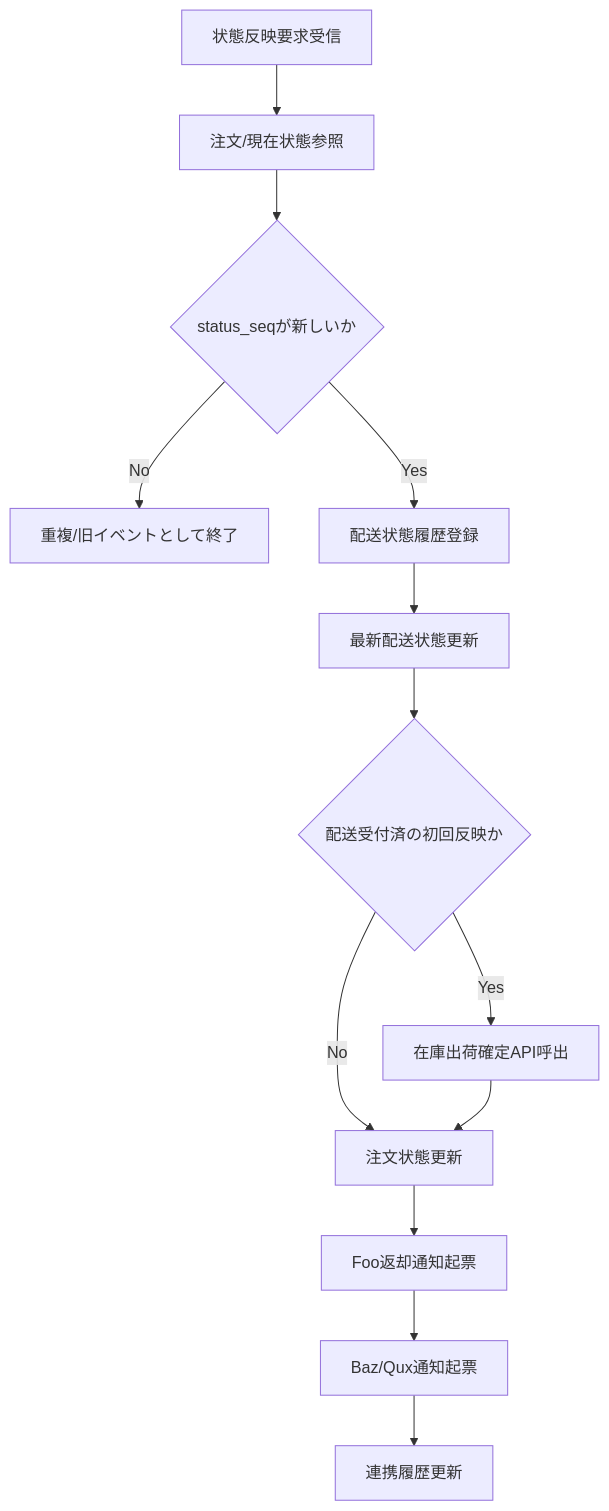
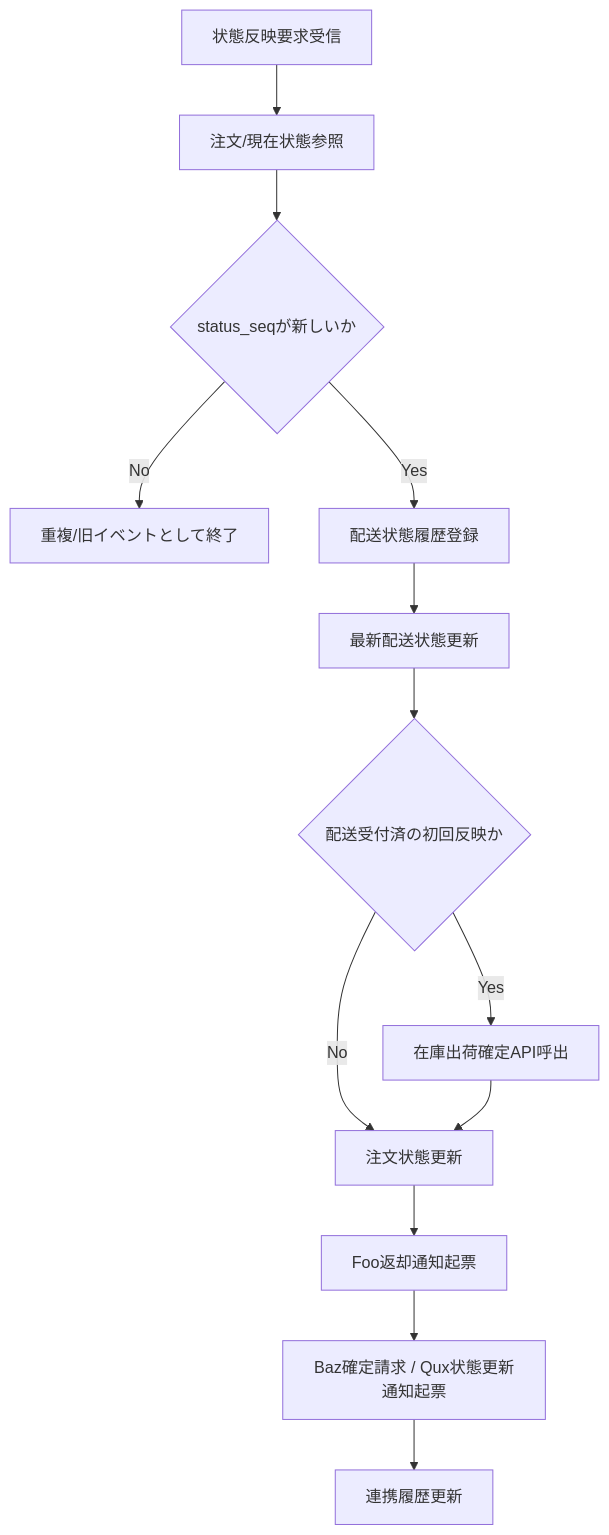
Before and after one commit to CalorieMateEater/training-project-logistics-company: the diagram in docs/自社内部設計/業務設計/処理設計書/PDS-005_配送状態取込Worker処理設計書.md, drawn with Mermaid. The commit also changed other lines of this file and 23 other files, not shown here.

````diff
--- a/docs/自社内部設計/業務設計/処理設計書/PDS-005_配送状態取込Worker処理設計書.md
+++ b/docs/自社内部設計/業務設計/処理設計書/PDS-005_配送状態取込Worker処理設計書.md
@@ -13,15 +13,15 @@
 ```mermaid
 flowchart TD
     A[状態反映要求受信] --> B[注文/現在状態参照]
     B --> C{status_seqが新しいか}
     C -- No --> D[重複/旧イベントとして終了]
     C -- Yes --> E[配送状態履歴登録]
     E --> F[最新配送状態更新]
     F --> G{配送受付済の初回反映か}
     G -- Yes --> H[在庫出荷確定API呼出]
     G -- No --> I[注文状態更新]
     H --> I
     I --> J[Foo返却通知起票]
-    J --> K[Baz/Qux通知起票]
+    J --> K[Baz確定請求 / Qux状態更新通知起票]
     K --> L[連携履歴更新]
 ```
````
